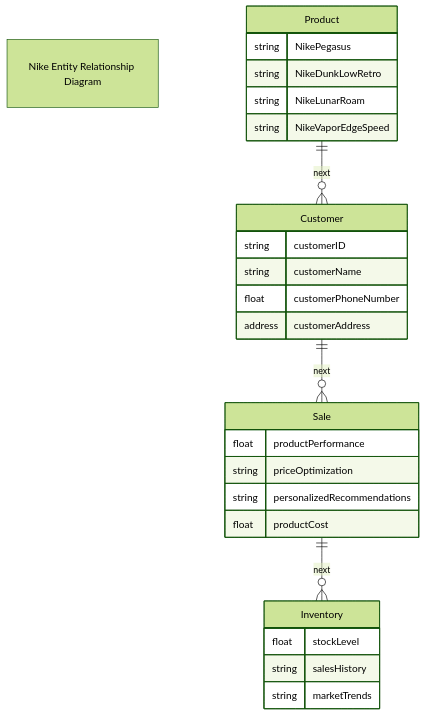
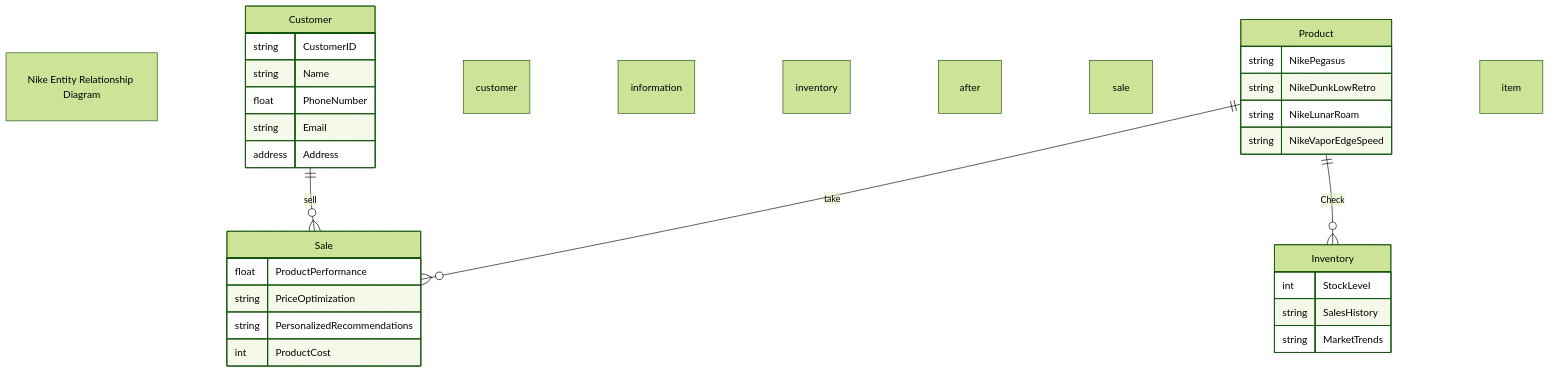
The diagram in NikeStore_ERD.md (JordanDuncan5/Nike-Store-ERD), drawn with Mermaid (forest theme) before and after one commit.

Commit message:
Update NikeStore_ERD.md
changed connections

````diff
--- a/NikeStore_ERD.md
+++ b/NikeStore_ERD.md
@@ -1,35 +1,38 @@
 ```mermaid
 
 erDiagram
 
 "Nike Entity Relationship Diagram"
 
-    Product ||--o{ Customer :next
+    Product ||--o{ Sale :take customer information
+    Product ||--o{ Inventory :Check inventory after sale
     Product{
         string NikePegasus
         string NikeDunkLowRetro
         string NikeLunarRoam
         string NikeVaporEdgeSpeed
     }
-    Customer ||--o{ Sale :next
+    
+    Customer ||--o{ Sale :sell item
     Customer{
-        string customerID
-        string customerName
-        float customerPhoneNumber
-        address customerAddress
+        string CustomerID
+        string Name
+        float PhoneNumber
+        string Email
+        address Address
     }
-    Sale ||--o{ Inventory :next
+    
     Sale{
-        float productPerformance
-        string priceOptimization
-        string personalizedRecommendations
-        float productCost
+        float ProductPerformance
+        string PriceOptimization
+        string PersonalizedRecommendations
+        int ProductCost
     }
     
     Inventory{
-        float stockLevel
-        string salesHistory
-        string marketTrends
+        int StockLevel
+        string SalesHistory
+        string MarketTrends
     }
 
 ```
````
